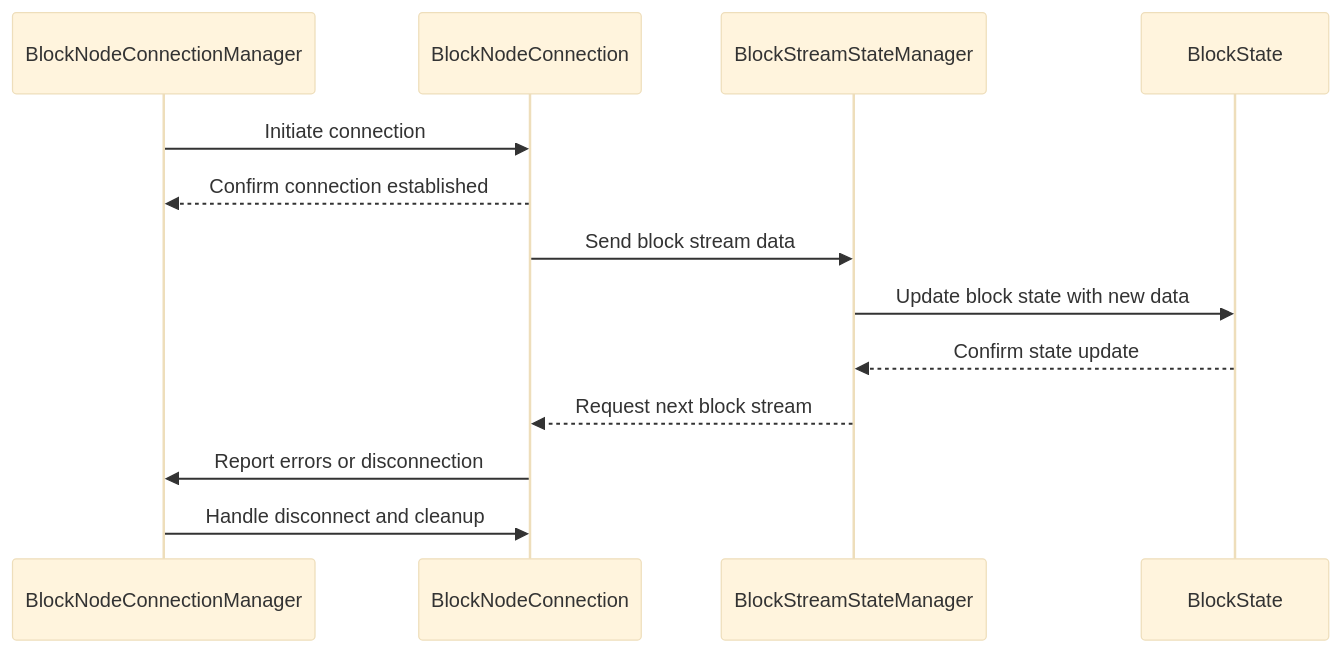
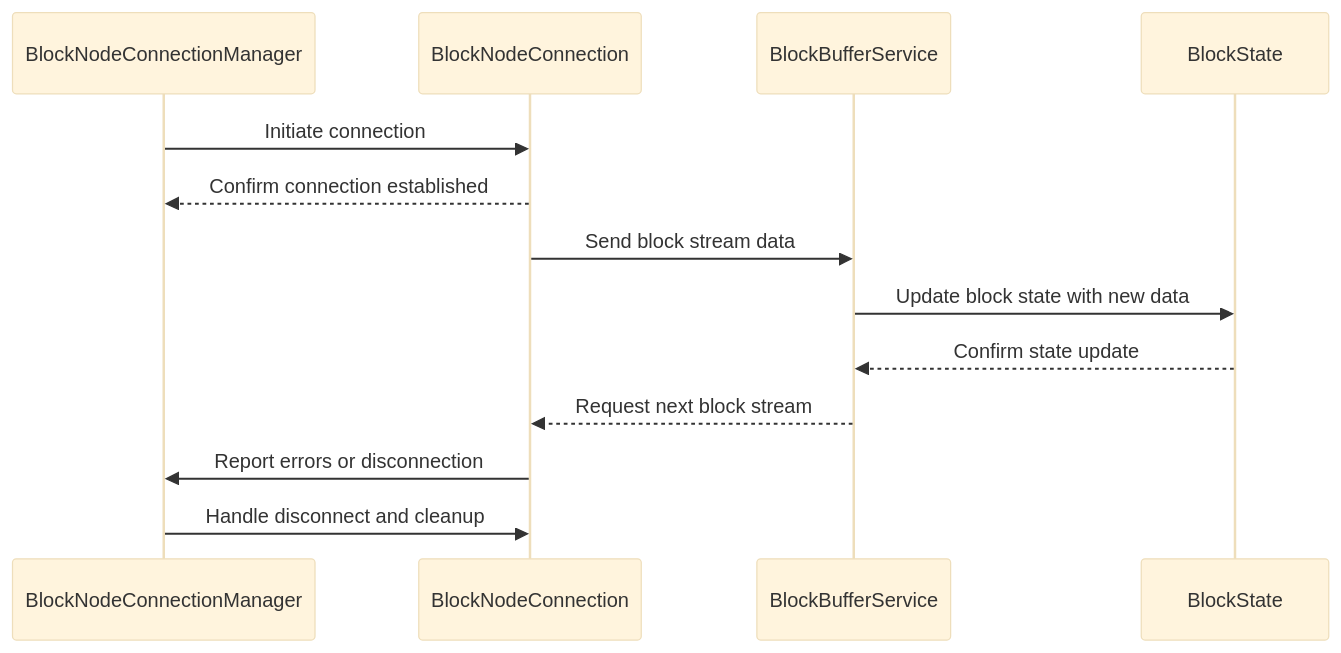
One commit to quiet-node/hiero-consensus-node changed the first of 2 diagrams in hedera-node/docs/design/app/blocks/README.md. Above: the diagram before and after it, drawn with Mermaid (base theme). The commit also changed other lines of this file and 19 other files, not shown here.

````diff
--- a/hedera-node/docs/design/app/blocks/README.md
+++ b/hedera-node/docs/design/app/blocks/README.md
@@ -20,16 +20,16 @@
 ```mermaid
 sequenceDiagram
     participant Manager as BlockNodeConnectionManager
     participant Connection as BlockNodeConnection
-    participant StateMgr as BlockStreamStateManager
+    participant StateMgr as BlockBufferService
     participant BlockState as BlockState
 
     Manager->>Connection: Initiate connection
     Connection-->>Manager: Confirm connection established
     Connection->>StateMgr: Send block stream data
     StateMgr->>BlockState: Update block state with new data
     BlockState-->>StateMgr: Confirm state update
     StateMgr-->>Connection: Request next block stream
     Connection->>Manager: Report errors or disconnection
     Manager->>Connection: Handle disconnect and cleanup
 ```
````
